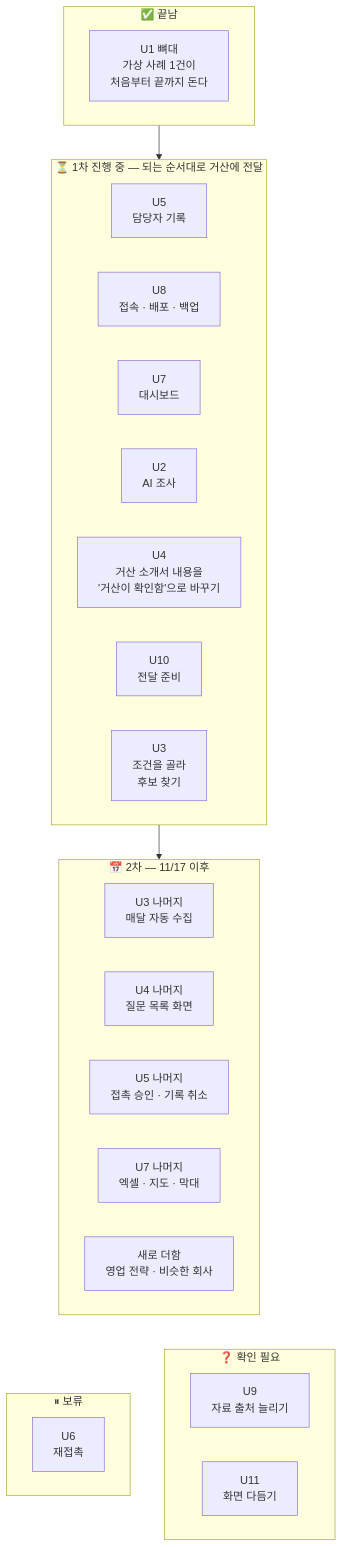
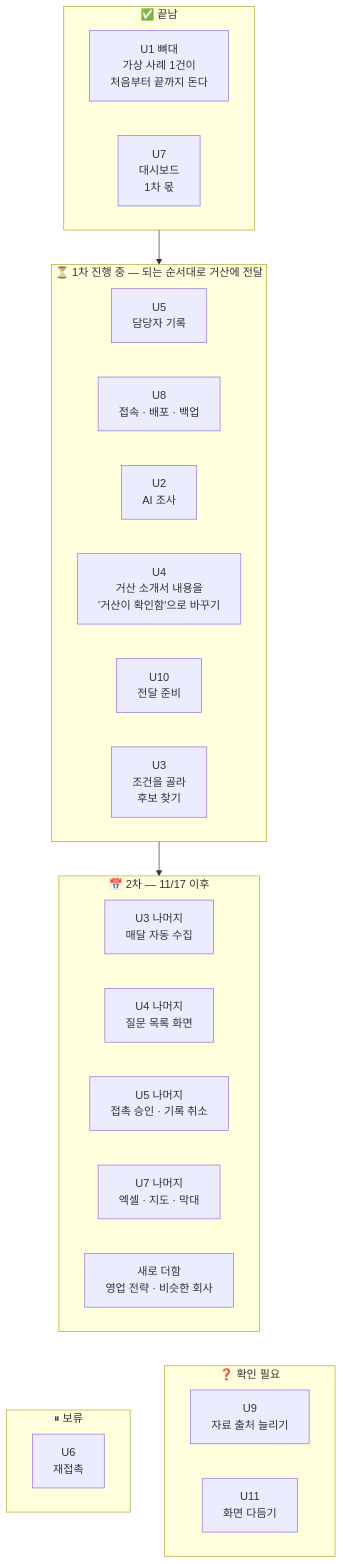
The second of 2 diagrams in docs/map/README.md (agent-ddalgi-team/final-geosan), drawn with Mermaid before and after one commit. The commit also changed other lines of this file and 2 other files, not shown here.

First line of the commit message:
지도 입구·기획 변경 기록·구조 지도를 11/6 기준으로 맞춘다: 대시보드 1차 몫 끝남, 이슈 건수, 갱신 기록 한 줄 (#325)

````diff
--- a/docs/map/README.md
+++ b/docs/map/README.md
@@ -50,32 +50,32 @@
 ```mermaid
 flowchart TB
     subgraph DONE["✅ 끝남"]
         U1["U1 뼈대<br/>가상 사례 1건이<br/>처음부터 끝까지 돈다"]
+        U7["U7<br/>대시보드<br/>1차 몫"]
     end
     subgraph NOW["⏳ 1차 진행 중 — 되는 순서대로 거산에 전달"]
         U5["U5<br/>담당자 기록"]
         U8["U8<br/>접속 · 배포 · 백업"]
-        U7["U7<br/>대시보드"]
         U2["U2<br/>AI 조사"]
         U4["U4<br/>거산 소개서 내용을<br/>'거산이 확인함'으로 바꾸기"]
         U10["U10<br/>전달 준비"]
         U3["U3<br/>조건을 골라<br/>후보 찾기"]
     end
     subgraph NEXT["📅 2차 — 11/17 이후"]
         X0["U3 나머지<br/>매달 자동 수집"]
         X1["U4 나머지<br/>질문 목록 화면"]
         X2["U5 나머지<br/>접촉 승인 · 기록 취소"]
         X3["U7 나머지<br/>엑셀 · 지도 · 막대"]
         X4["새로 더함<br/>영업 전략 · 비슷한 회사"]
     end
     subgraph HOLD["⏸ 보류"]
         U6["U6<br/>재접촉"]
     end
     subgraph ASK["❓ 확인 필요"]
         U9["U9<br/>자료 출처 늘리기"]
         U11["U11<br/>화면 다듬기"]
     end
     DONE --> NOW --> NEXT
     NEXT ~~~ HOLD
     NEXT ~~~ ASK
 ```
````
